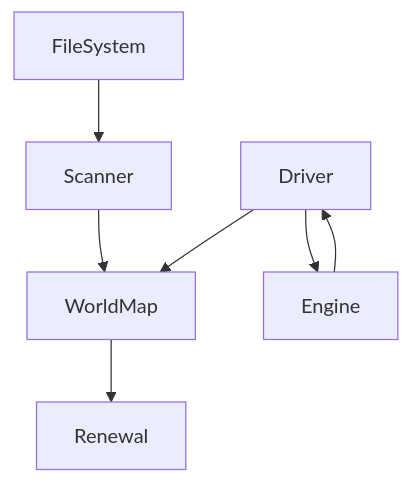
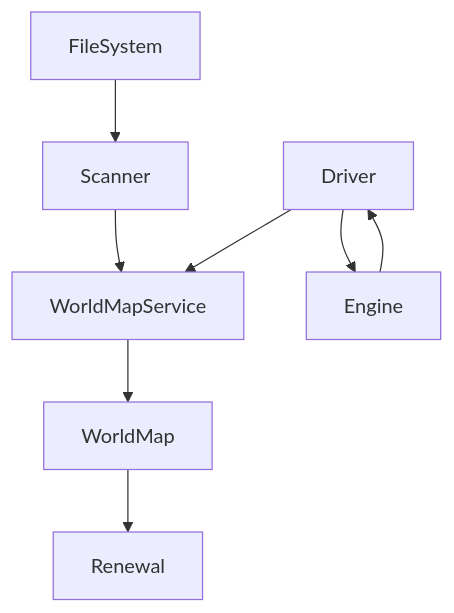
The fourth of 4 diagrams in ARCHITECTURE.md (olilanz/memento-mc), drawn with Mermaid before and after one commit. The commit also changed other lines of this file, not shown here.

Commit message:
Architecture doc update

````diff
--- a/ARCHITECTURE.md
+++ b/ARCHITECTURE.md
@@ -181,9 +193,10 @@
 ```mermaid
 flowchart TB
     FileSystem --> Scanner
-    Scanner --> WorldMap
+    Scanner --> WorldMapService
     Driver --> Engine
     Engine --> Driver
-    Driver --> WorldMap
+    Driver --> WorldMapService
+    WorldMapService --> WorldMap
     WorldMap --> Renewal
 ```
````
